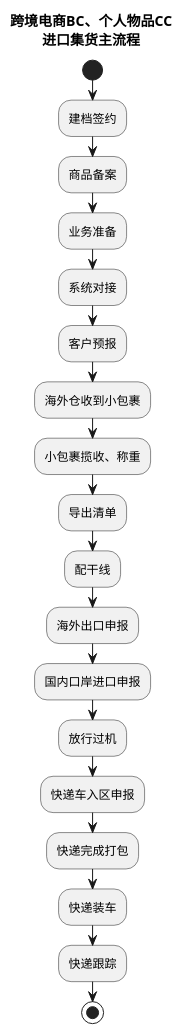
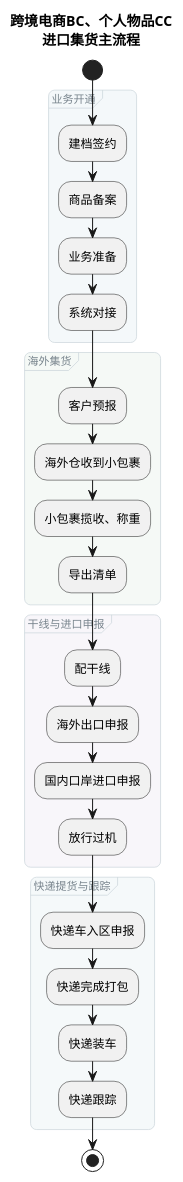
Before and after one commit to jack888332/projects-doc: the sixth of 7 diagrams in product-caliber/goldjet/segmented-prd/mainflow/PRD.高捷物流系统一期.主流程.01.业务模式主流程总览.md, drawn with PlantUML. The commit also changed other lines of this file and 16 other files, not shown here.

Commit message:
给DSL图分组

````diff
--- a/product-caliber/goldjet/segmented-prd/mainflow/PRD.高捷物流系统一期.主流程.01.业务模式主流程总览.md
+++ b/product-caliber/goldjet/segmented-prd/mainflow/PRD.高捷物流系统一期.主流程.01.业务模式主流程总览.md
@@ -154,24 +174,44 @@
 ```plantuml
 @startuml
 skinparam activityDiamondBackgroundColor #FFF4CC
+<style>
+activityDiagram {
+  group {
+    LineColor #CAD5DA
+    LineThickness 0.7
+    RoundCorner 12
+    FontColor #78848D
+    FontSize 11
+    FontStyle plain
+  }
+}
+</style>
 title 跨境电商BC、个人物品CC\n进口集货主流程
 start
+group 业务开通 #F4F8FA {
 :建档签约;
 :商品备案;
 :业务准备;
 :系统对接;
+}
+group 海外集货 #F5F9F6 {
 :客户预报;
 :海外仓收到小包裹;
 :小包裹揽收、称重;
 :导出清单;
+}
+group 干线与进口申报 #F8F6FA {
 :配干线;
 :海外出口申报;
 :国内口岸进口申报;
 :放行过机;
+}
+group 快递提货与跟踪 #F5F9FA {
 :快递车入区申报;
 :快递完成打包;
 :快递装车;
 :快递跟踪;
+}
 stop
 @enduml
 ```
````
